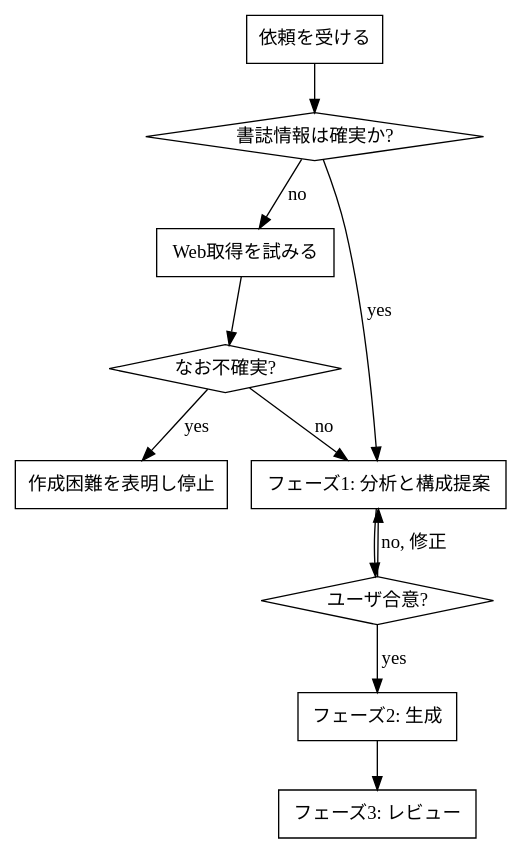
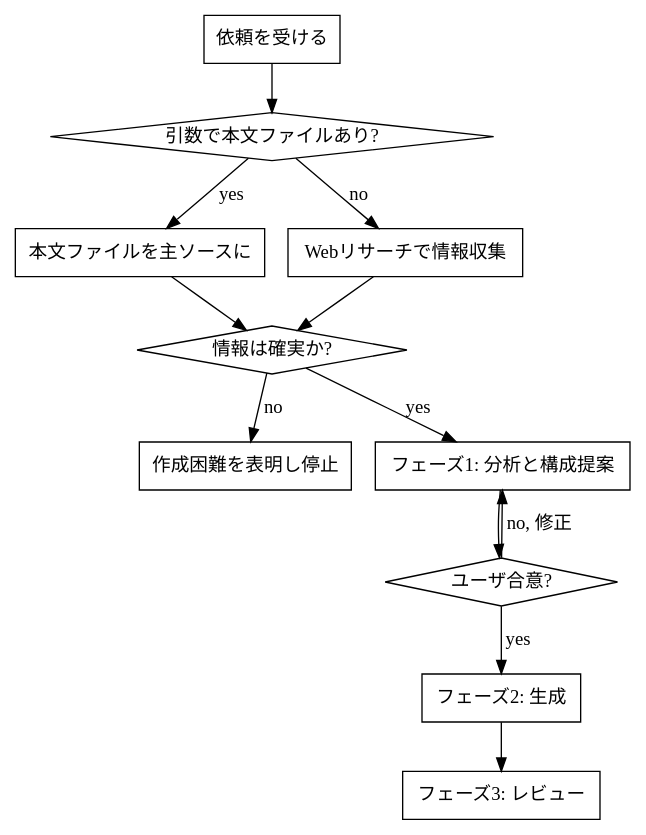
The diagram in plugins/swallowarc/skills/book-summary-html/SKILL.md (swallowarc/swallowarc-ai-plugins), drawn with Graphviz before and after one commit. The commit also changed other lines of this file and 2 other files, not shown here.

````diff
--- a/plugins/swallowarc/skills/book-summary-html/SKILL.md
+++ b/plugins/swallowarc/skills/book-summary-html/SKILL.md
@@ -19,24 +19,26 @@
 ```dot
 digraph gate {
   "依頼を受ける" [shape=box];
-  "書誌情報は確実か?" [shape=diamond];
-  "Web取得を試みる" [shape=box];
-  "なお不確実?" [shape=diamond];
+  "引数で本文ファイルあり?" [shape=diamond];
+  "本文ファイルを主ソースに" [shape=box];
+  "Webリサーチで情報収集" [shape=box];
+  "情報は確実か?" [shape=diamond];
   "作成困難を表明し停止" [shape=box];
   "フェーズ1: 分析と構成提案" [shape=box];
   "ユーザ合意?" [shape=diamond];
   "フェーズ2: 生成" [shape=box];
   "フェーズ3: レビュー" [shape=box];
 
-  "依頼を受ける" -> "書誌情報は確実か?";
-  "書誌情報は確実か?" -> "フェーズ1: 分析と構成提案" [label="yes"];
-  "書誌情報は確実か?" -> "Web取得を試みる" [label="no"];
-  "Web取得を試みる" -> "なお不確実?";
-  "なお不確実?" -> "作成困難を表明し停止" [label="yes"];
-  "なお不確実?" -> "フェーズ1: 分析と構成提案" [label="no"];
+  "依頼を受ける" -> "引数で本文ファイルあり?";
+  "引数で本文ファイルあり?" -> "本文ファイルを主ソースに" [label="yes"];
+  "引数で本文ファイルあり?" -> "Webリサーチで情報収集" [label="no"];
+  "本文ファイルを主ソースに" -> "情報は確実か?";
+  "Webリサーチで情報収集" -> "情報は確実か?";
+  "情報は確実か?" -> "作成困難を表明し停止" [label="no"];
+  "情報は確実か?" -> "フェーズ1: 分析と構成提案" [label="yes"];
   "フェーズ1: 分析と構成提案" -> "ユーザ合意?";
   "ユーザ合意?" -> "フェーズ1: 分析と構成提案" [label="no, 修正"];
   "ユーザ合意?" -> "フェーズ2: 生成" [label="yes"];
   "フェーズ2: 生成" -> "フェーズ3: レビュー";
 }
 ```
````
